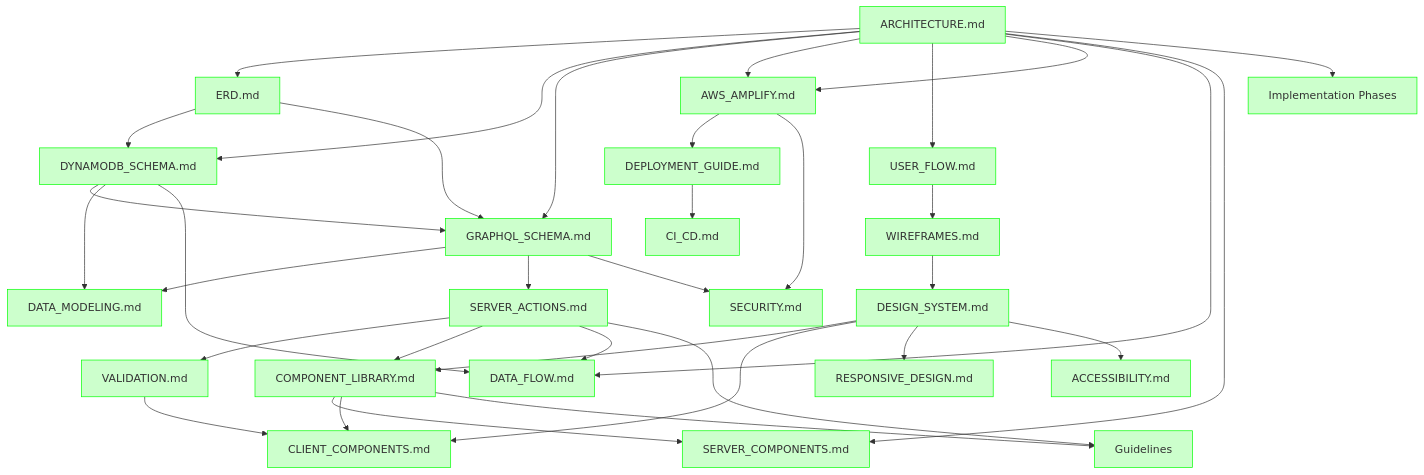
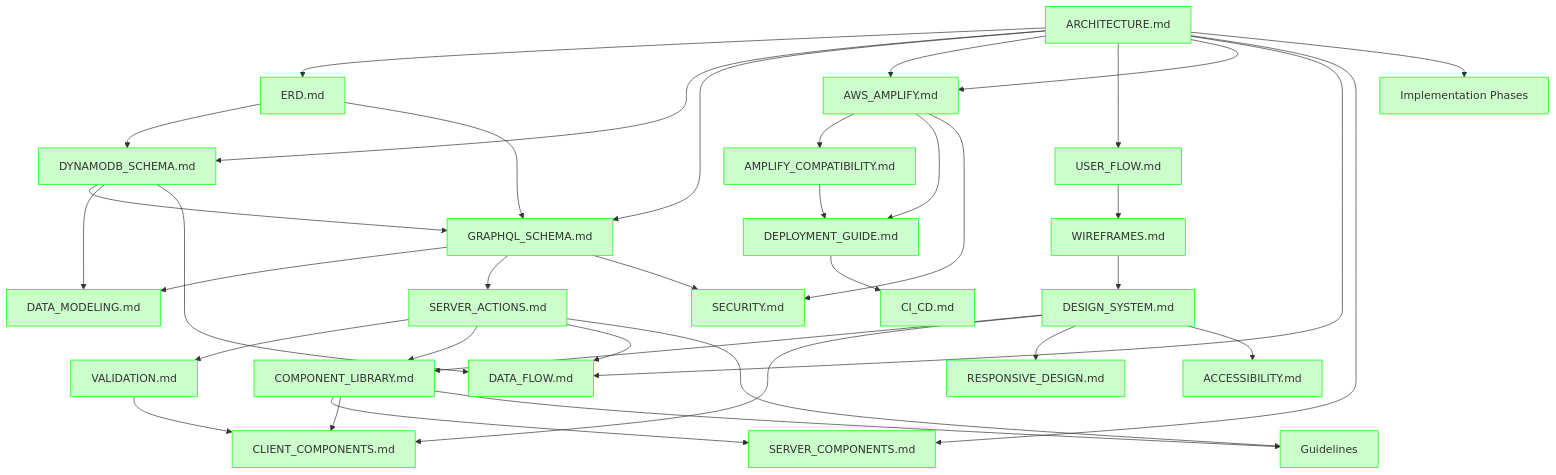
The diagram in docs/project_documentation_plan.md (stallev/sun_school_app), drawn with Mermaid before and after one commit. The commit also changed other lines of this file and 14 other files, not shown here.

````diff
--- a/docs/project_documentation_plan.md
+++ b/docs/project_documentation_plan.md
@@ -605,6 +617,7 @@
     
     %% Infrastructure
     AMPLIFY[AWS_AMPLIFY.md]
+    COMPAT[AMPLIFY_COMPATIBILITY.md]
     DEPLOY[DEPLOYMENT_GUIDE.md]
     SEC[SECURITY.md]
     
@@ -642,9 +655,11 @@
     DESIGN --> COMP
     
     ARCH --> AMPLIFY
+    AMPLIFY --> COMPAT
     AMPLIFY --> DEPLOY
     AMPLIFY --> SEC
     GRAPHQL --> SEC
+    COMPAT --> DEPLOY
     
     %% Data flow and component patterns
     ARCH --> DATAFLOW
@@ -691,6 +706,7 @@
     style COMP fill:#ccffcc,stroke:#00ff00
     style VALID fill:#ccffcc,stroke:#00ff00
     style AMPLIFY fill:#ccffcc,stroke:#00ff00
+    style COMPAT fill:#ccffcc,stroke:#00ff00
     style DEPLOY fill:#ccffcc,stroke:#00ff00
     style SEC fill:#ccffcc,stroke:#00ff00
 ```
````
